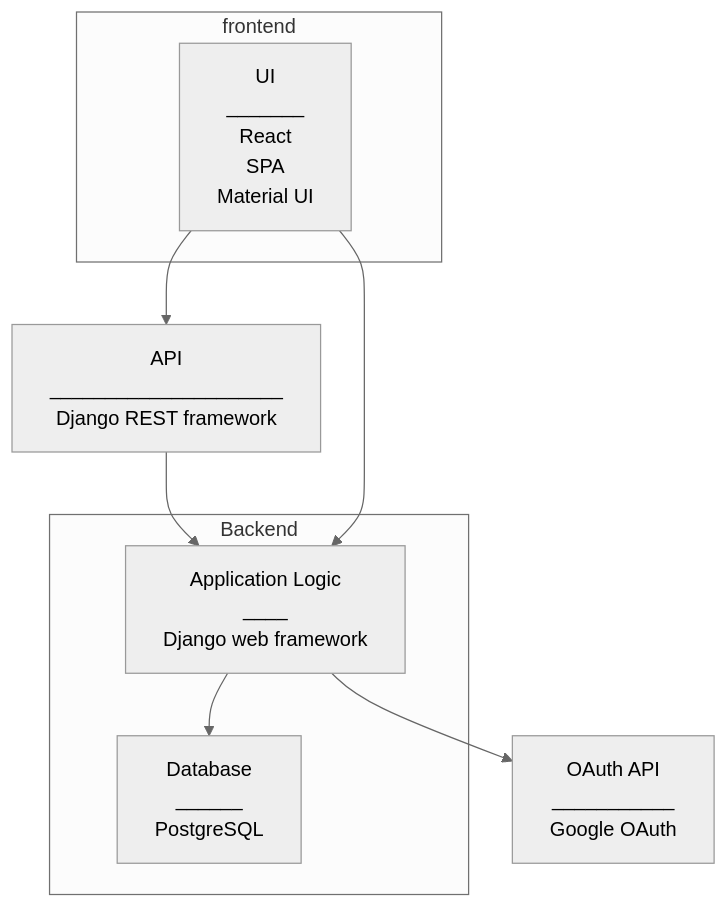
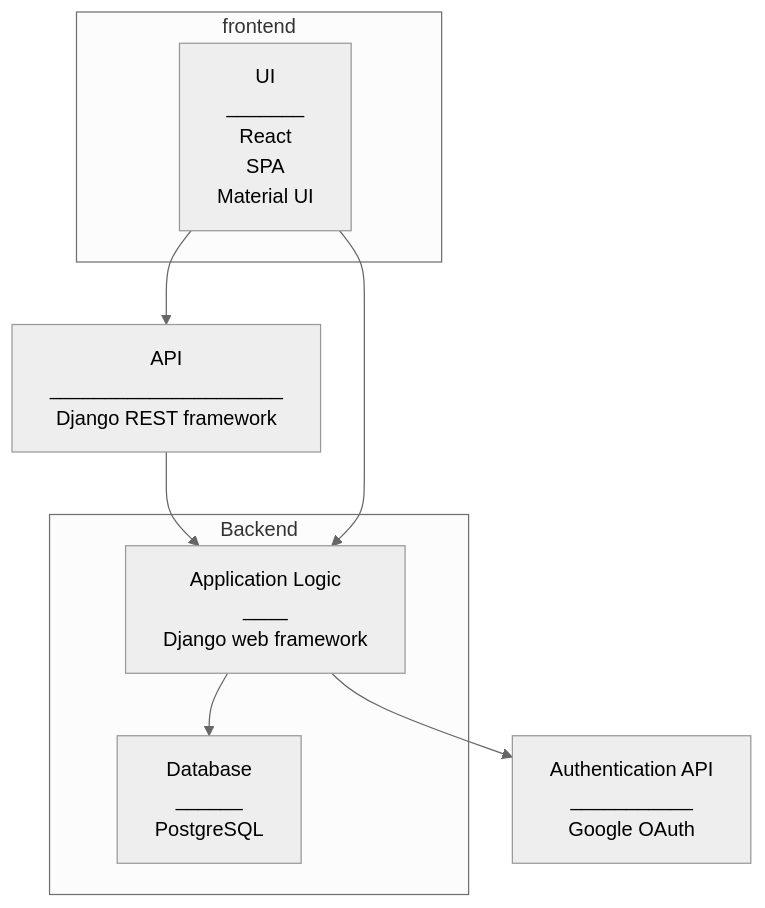
One commit to Cast2023/ohjeita changed the diagram in arkkitehtuuri-draft.md. Above: the diagram before and after it, drawn with Mermaid (neutral theme).

````diff
--- a/arkkitehtuuri-draft.md
+++ b/arkkitehtuuri-draft.md
@@ -3,16 +3,16 @@
 ```mermaid
 flowchart
     subgraph frontend
         ui[UI\n_______\nReact\nSPA\nMaterial UI]
     end
     djangoapi[API\n_____________________\nDjango REST framework]
     subgraph Backend
         backend[Application Logic\n____\nDjango web framework]
         db[Database\n______\nPostgreSQL]
     end
     ui-->djangoapi
     djangoapi-->backend
     ui-->backend
     backend-->db
-    backend --> oauth[OAuth API\n___________\nGoogle OAuth]
+    backend --> oauth[Authentication API\n___________\nGoogle OAuth]
 ```
````
